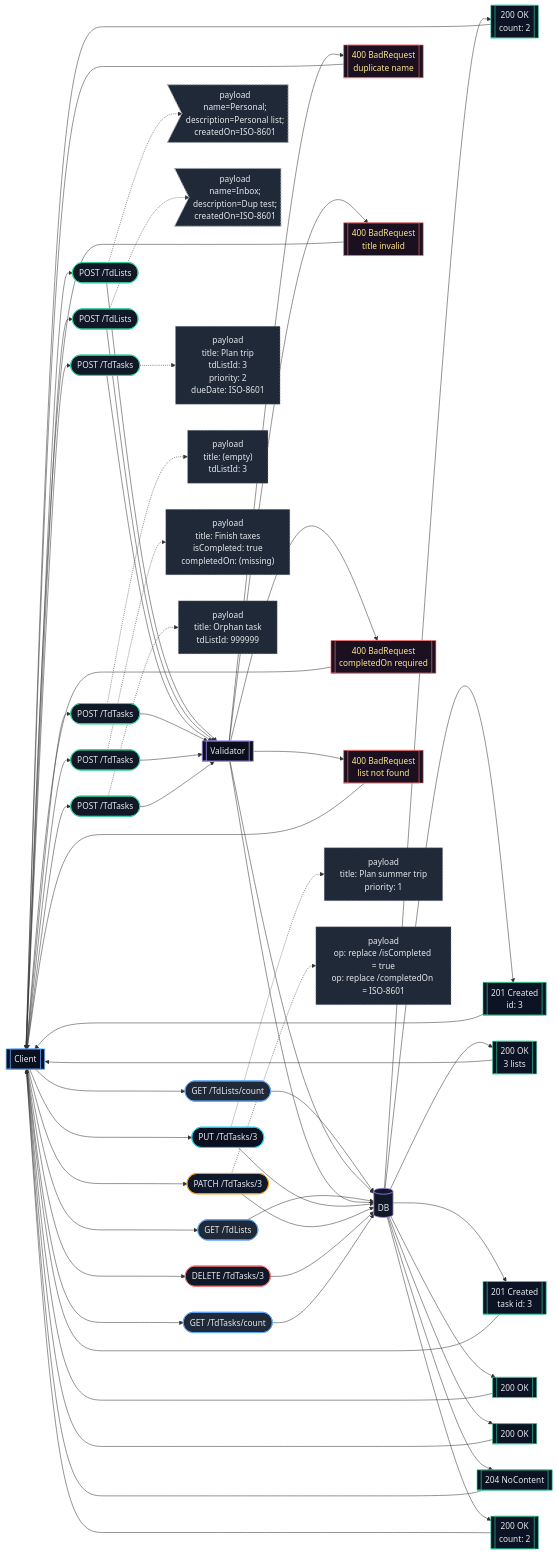
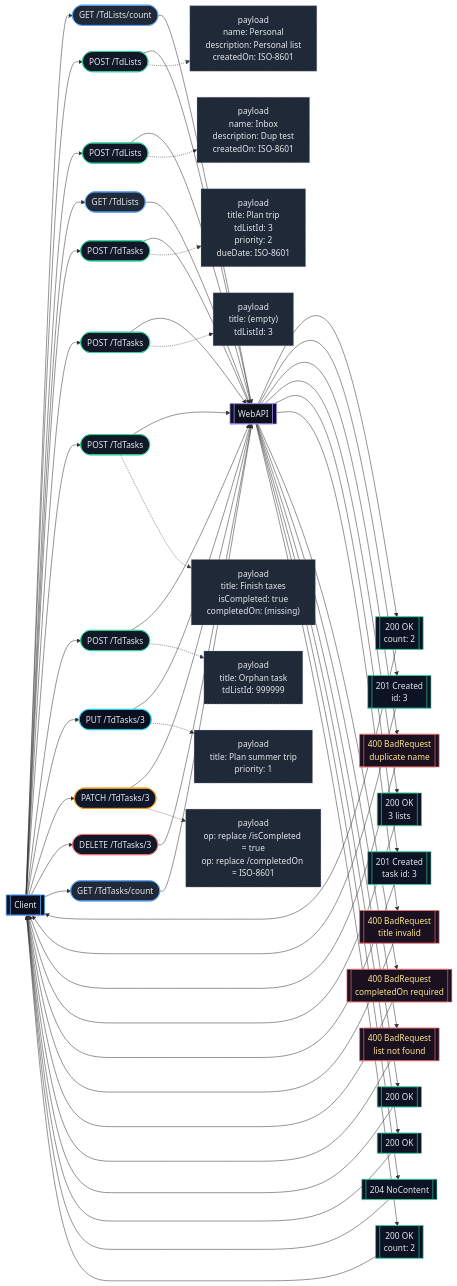
Before and after one commit to IxI-Enki/POSE_2025_26_uebung_02: the diagram in docs/API_test_results_dokumentation.md, drawn with Mermaid.

Commit message:
docs: update flowchart to show only Client <-> WebAPI flows for all tested CRUD/PATCH operations

```diff
--- a/docs/API_test_results_dokumentation.md
+++ b/docs/API_test_results_dokumentation.md
@@ -4,8 +4,7 @@
 flowchart LR
   %% Nodes
   client[[Client]]:::client
-  db[(DB)]:::db
-  validator[[Validator]]:::svc
+  webapi[[WebAPI]]:::svc
 
   %% GET TdLists/count
   g1([GET /TdLists/count]):::get
@@ -13,12 +12,12 @@
 
   %% POST /TdLists create
   p1([POST /TdLists]):::post
-  p1payload>payload<br/>name=Personal;<br/>description=Personal list;<br/>createdOn=ISO-8601]:::payload
+  p1payload["payload<br/>name: Personal<br/>description: Personal list<br/>createdOn: ISO-8601"]:::payload
   r201a[[201 Created<br/>id: 3]]:::ok
 
-  %% POST /TdLists duplicate
+  %% POST /TdLists duplicate (failure)
   p2([POST /TdLists]):::post
-  p2payload>payload<br/>name=Inbox;<br/>description=Dup test;<br/>createdOn=ISO-8601]:::payload
+  p2payload["payload<br/>name: Inbox<br/>description: Dup test<br/>createdOn: ISO-8601"]:::payload
   r400a[[400 BadRequest<br/>duplicate name]]:::bad
 
   %% GET /TdLists
@@ -61,37 +60,38 @@
   g3([GET /TdTasks/count]):::get
   r200e[[200 OK<br/>count: 2]]:::ok
 
-  %% Flows
-  client --> g1 --> db --> r200a --> client
-  client --> p1 --> validator --> db --> r201a --> client
+  %% Flows (Client -> WebAPI -> Client)
+  client --> g1 --> webapi --> r200a --> client
+
+  client --> p1 --> webapi --> r201a --> client
   p1 -.-> p1payload
 
-  client --> p2 --> validator --> r400a --> client
+  client --> p2 --> webapi --> r400a --> client
   p2 -.-> p2payload
 
-  client --> g2 --> db --> r200b --> client
+  client --> g2 --> webapi --> r200b --> client
 
-  client --> t1 --> validator --> db --> r201b --> client
+  client --> t1 --> webapi --> r201b --> client
   t1 -.-> t1payload
 
-  client --> t2 --> validator --> r400b --> client
+  client --> t2 --> webapi --> r400b --> client
   t2 -.-> t2payload
 
-  client --> t3 --> validator --> r400c --> client
+  client --> t3 --> webapi --> r400c --> client
   t3 -.-> t3payload
 
-  client --> t4 --> validator --> r400d --> client
+  client --> t4 --> webapi --> r400d --> client
   t4 -.-> t4payload
 
-  client --> u1 --> db --> r200c --> client
+  client --> u1 --> webapi --> r200c --> client
   u1 -.-> u1payload
 
-  client --> pa1 --> db --> r200d --> client
+  client --> pa1 --> webapi --> r200d --> client
   pa1 -.-> pa1payload
 
-  client --> d1 --> db --> r204a --> client
+  client --> d1 --> webapi --> r204a --> client
 
-  client --> g3 --> db --> r200e --> client
+  client --> g3 --> webapi --> r200e --> client
 
   %% Styles
   classDef client fill:#0b1020,stroke:#60a5fa,color:#e5e7eb,stroke-width:1.5px
```
